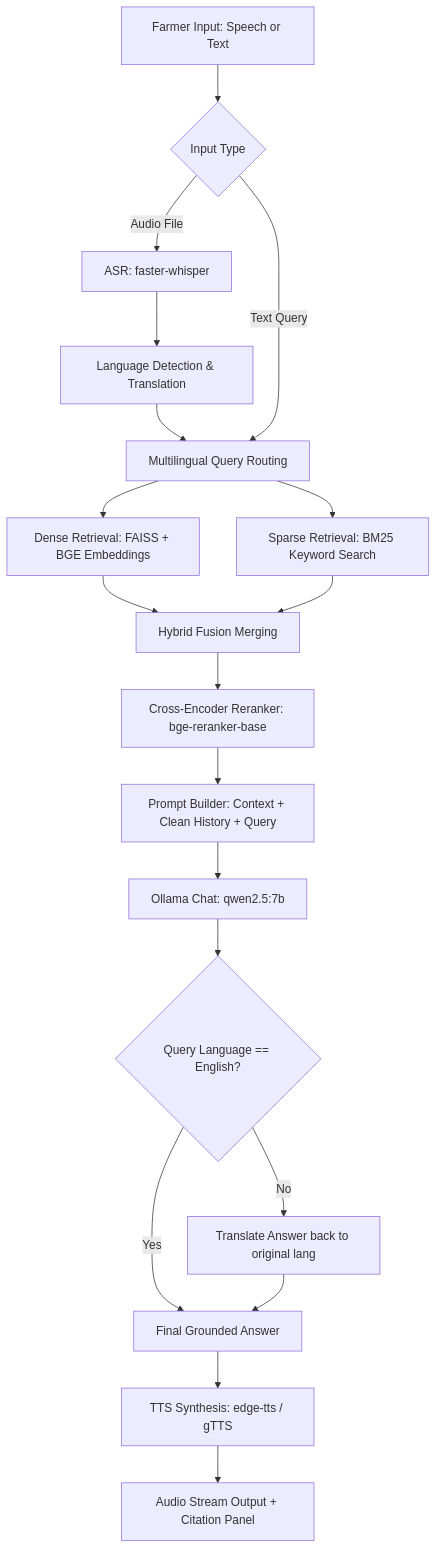
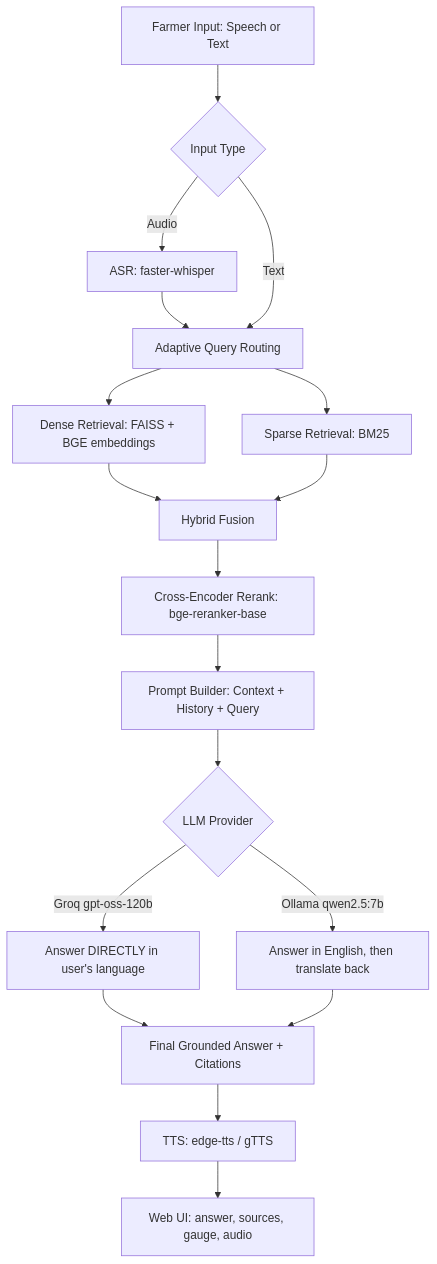
One commit to CRVPT-10/Plant-Doctor-Chatbot-RAG changed the diagram in README.md. Above: the diagram before and after it, drawn with Mermaid. The commit also changed other lines of this file, not shown here.

First line of the commit message:
Update README for the current architecture

````diff
--- a/README.md
+++ b/README.md
@@ -13,30 +37,28 @@
 ```mermaid
 graph TD
     A[Farmer Input: Speech or Text] --> B{Input Type}
-    
+
     %% Voice Path
-    B -->|Audio File| C[ASR: faster-whisper]
-    C --> D[Language Detection & Translation]
-    D --> E[Multilingual Query Routing]
-    
+    B -->|Audio| C[ASR: faster-whisper]
+    C --> E[Adaptive Query Routing]
+
     %% Text Path
-    B -->|Text Query| E
-    
-    %% Ingestion / RAG Pipeline
-    E --> F[Dense Retrieval: FAISS + BGE Embeddings]
-    E --> G[Sparse Retrieval: BM25 Keyword Search]
-    F --> H[Hybrid Fusion Merging]
+    B -->|Text| E
+
+    %% Retrieval
+    E --> F[Dense Retrieval: FAISS + BGE embeddings]
+    E --> G[Sparse Retrieval: BM25]
+    F --> H[Hybrid Fusion]
     G --> H
-    
-    H --> I[Cross-Encoder Reranker: bge-reranker-base]
-    I --> J[Prompt Builder: Context + Clean History + Query]
-    J --> K[Ollama Chat: qwen2.5:7b]
-    
-    %% Response translation & Speech Path
-    K --> L{Query Language == English?}
-    L -->|No| M[Translate Answer back to original lang]
-    L -->|Yes| N[Final Grounded Answer]
+    H --> I[Cross-Encoder Rerank: bge-reranker-base]
+    I --> J[Prompt Builder: Context + History + Query]
+
+    %% Generation
+    J --> K{LLM Provider}
+    K -->|Groq gpt-oss-120b| L[Answer DIRECTLY in user's language]
+    K -->|Ollama qwen2.5:7b| M[Answer in English, then translate back]
+    L --> N[Final Grounded Answer + Citations]
     M --> N
-    N --> O[TTS Synthesis: edge-tts / gTTS]
-    O --> P[Audio Stream Output + Citation Panel]
+    N --> O[TTS: edge-tts / gTTS]
+    O --> P[Web UI: answer, sources, gauge, audio]
 ```
````
